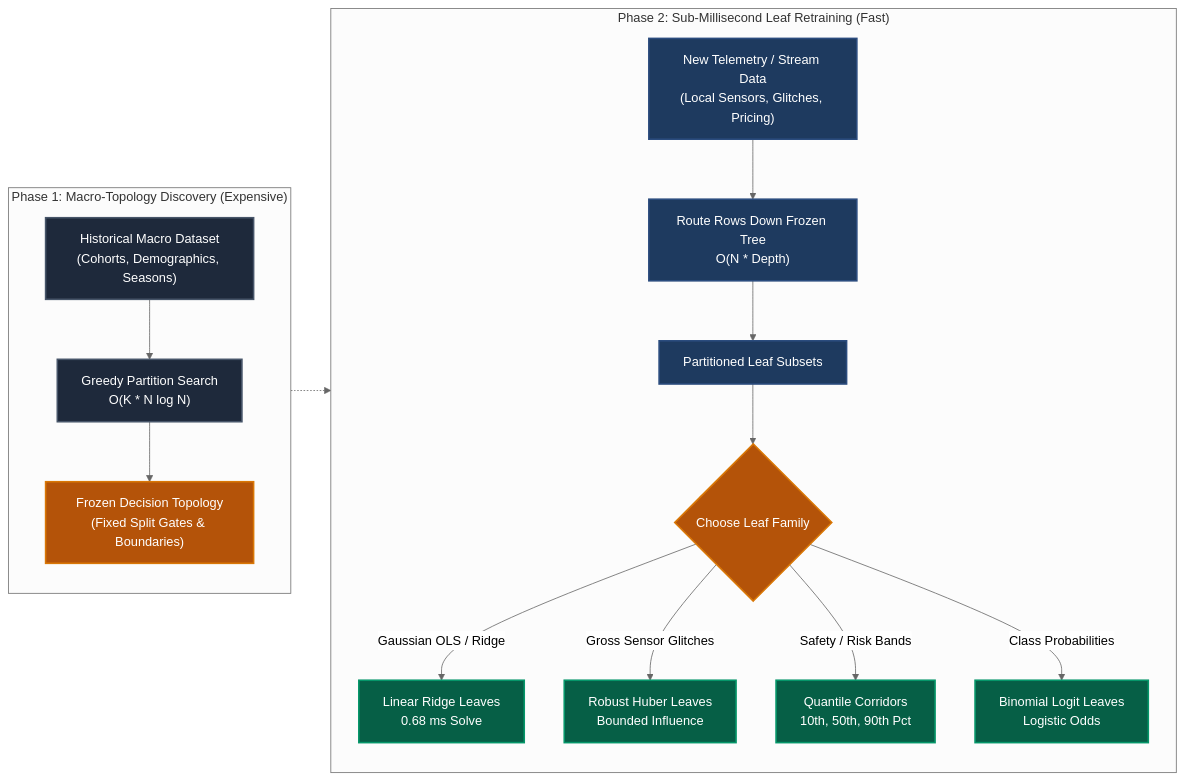
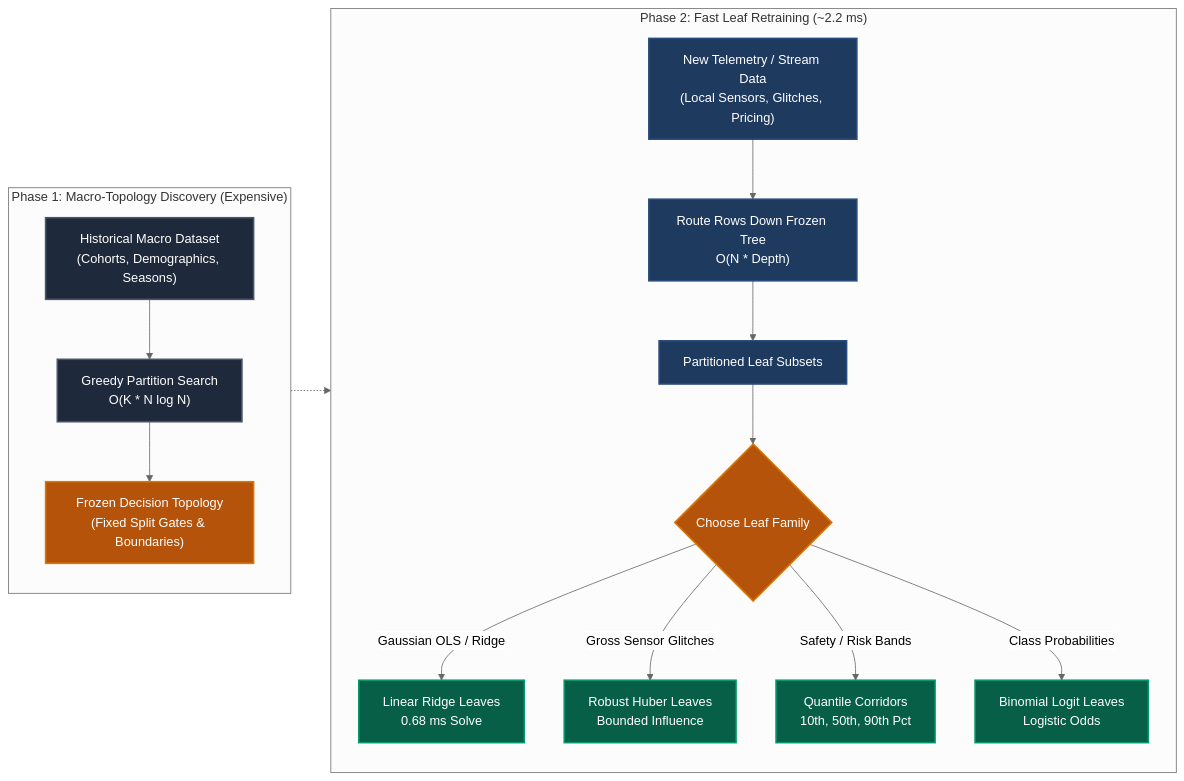
The diagram in docs/suites/hierarchical-retrain.md (jkapila/mltreelib), drawn with Mermaid (neutral theme) before and after one commit. The commit also changed other lines of this file and 29 other files, not shown here.

````diff
--- a/docs/suites/hierarchical-retrain.md
+++ b/docs/suites/hierarchical-retrain.md
@@ -15,30 +15,30 @@
 ```mermaid
 flowchart LR
     subgraph Phase1["Phase 1: Macro-Topology Discovery (Expensive)"]
         direction TB
         HistoricalData["Historical Macro Dataset\n(Cohorts, Demographics, Seasons)"] --> GreedySearch["Greedy Partition Search\nO(K * N log N)"]
         GreedySearch --> FrozenTree["Frozen Decision Topology\n(Fixed Split Gates & Boundaries)"]
     end
 
-    subgraph Phase2["Phase 2: Sub-Millisecond Leaf Retraining (Fast)"]
+    subgraph Phase2["Phase 2: Fast Leaf Retraining (~2.2 ms)"]
         direction TB
         StreamingData["New Telemetry / Stream Data\n(Local Sensors, Glitches, Pricing)"] --> Route["Route Rows Down Frozen Tree\nO(N * Depth)"]
         FrozenTree -.-> Route
         Route --> Partitions["Partitioned Leaf Subsets"]
         Partitions --> SolverChoice{"Choose Leaf Family"}
         SolverChoice -- "Gaussian OLS / Ridge" --> LinearLeaf["Linear Ridge Leaves\n0.68 ms Solve"]
         SolverChoice -- "Gross Sensor Glitches" --> HuberLeaf["Robust Huber Leaves\nBounded Influence"]
         SolverChoice -- "Safety / Risk Bands" --> QuantileLeaf["Quantile Corridors\n10th, 50th, 90th Pct"]
         SolverChoice -- "Class Probabilities" --> BinomialLeaf["Binomial Logit Leaves\nLogistic Odds"]
     end
 
     classDef macroBox fill:#1e293b,stroke:#475569,stroke-width:2px,color:#ffffff;
     classDef gateBox fill:#b45309,stroke:#d97706,stroke-width:2px,color:#ffffff;
     classDef streamBox fill:#1e3a5f,stroke:#2b4c7e,stroke-width:2px,color:#ffffff;
     classDef solverBox fill:#065f46,stroke:#059669,stroke-width:2px,color:#ffffff;
 
     class HistoricalData,GreedySearch,FrozenTree macroBox;
     class SolverChoice,FrozenTree gateBox;
     class StreamingData,Route,Partitions streamBox;
     class LinearLeaf,HuberLeaf,QuantileLeaf,BinomialLeaf solverBox;
 ```
````
